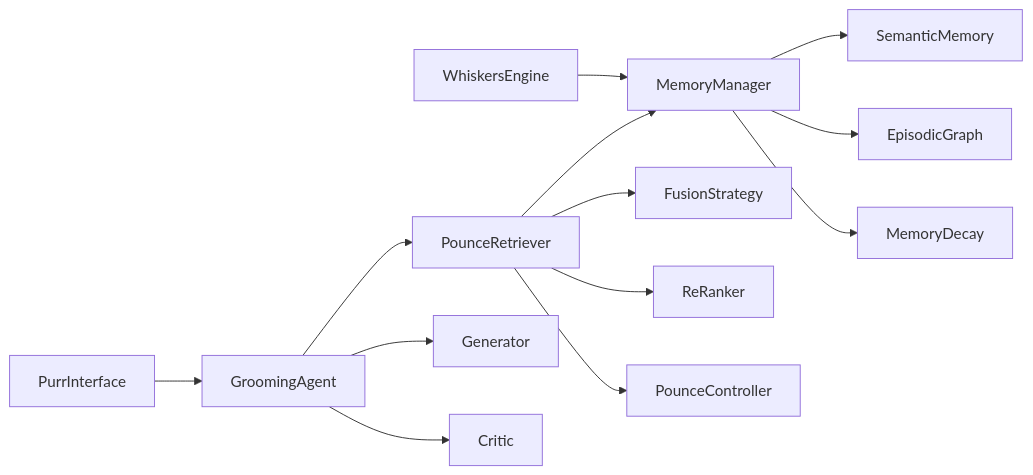
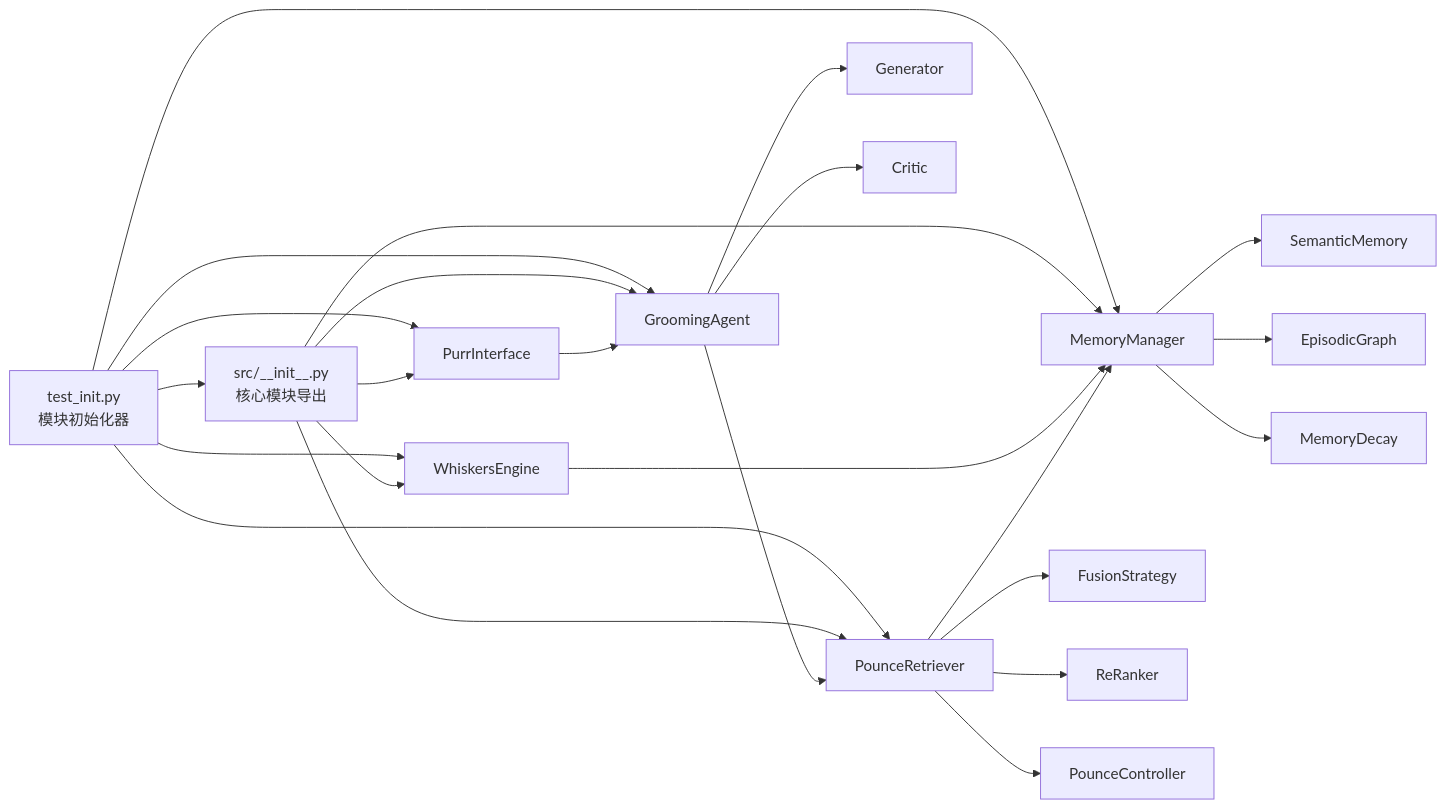
The eighth of 8 diagrams in .qoder/repowiki/zh/content/核心模块详解/核心模块详解.md (JieGaoPrinceton/NecoRAG), drawn with Mermaid before and after one commit. The commit also changed other lines of this file and 44 other files, not shown here.

````diff
--- a/.qoder/repowiki/zh/content/核心模块详解/核心模块详解.md
+++ b/.qoder/repowiki/zh/content/核心模块详解/核心模块详解.md
@@ -425,15 +476,26 @@
 ```mermaid
 graph LR
-WE["WhiskersEngine"] --> MM["MemoryManager"]
+INIT["test_init.py<br/>模块初始化器"] --> SRC_INIT["src/__init__.py<br/>核心模块导出"]
+INIT --> WE["WhiskersEngine"]
+INIT --> MM["MemoryManager"]
+INIT --> PR["PounceRetriever"]
+INIT --> GA["GroomingAgent"]
+INIT --> PI["PurrInterface"]
+SRC_INIT --> WE
+SRC_INIT --> MM
+SRC_INIT --> PR
+SRC_INIT --> GA
+SRC_INIT --> PI
+WE --> MM
 MM --> SM["SemanticMemory"]
 MM --> EG["EpisodicGraph"]
 MM --> DEC["MemoryDecay"]
-PR["PounceRetriever"] --> MM
+PR --> MM
 PR --> FS["FusionStrategy"]
 PR --> RR["ReRanker"]
 PR --> PC["PounceController"]
-GA["GroomingAgent"] --> PR
+GA --> PR
 GA --> GEN["Generator"]
 GA --> CR["Critic"]
-PI["PurrInterface"] --> GA
+PI --> GA
 ```
````
